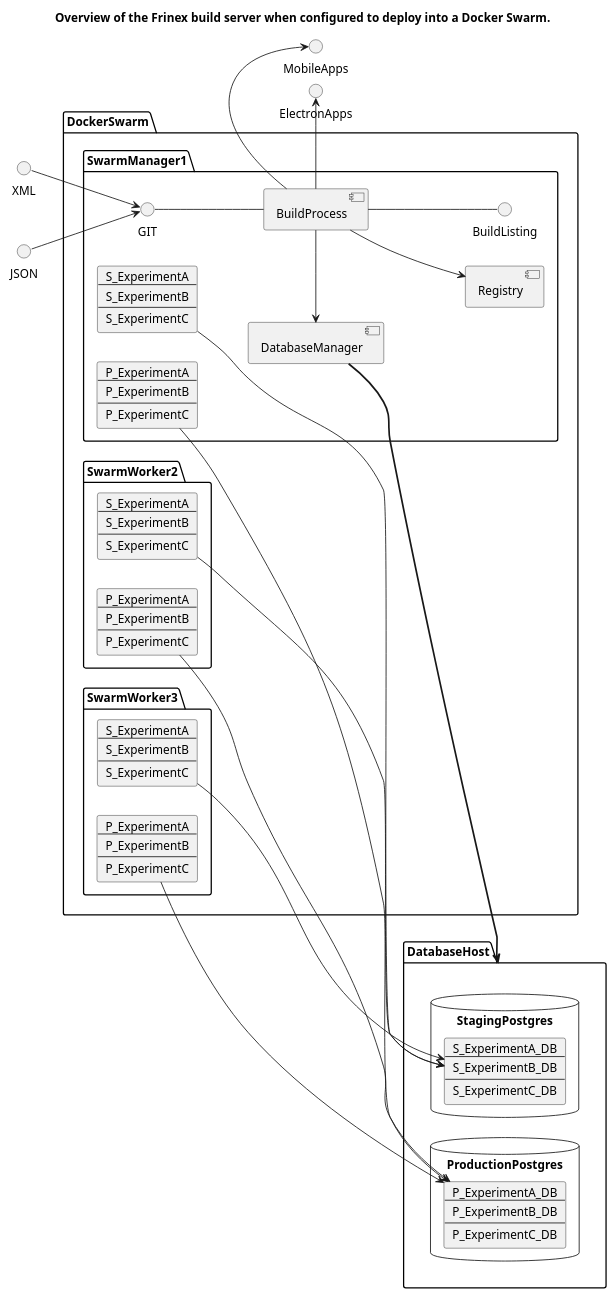
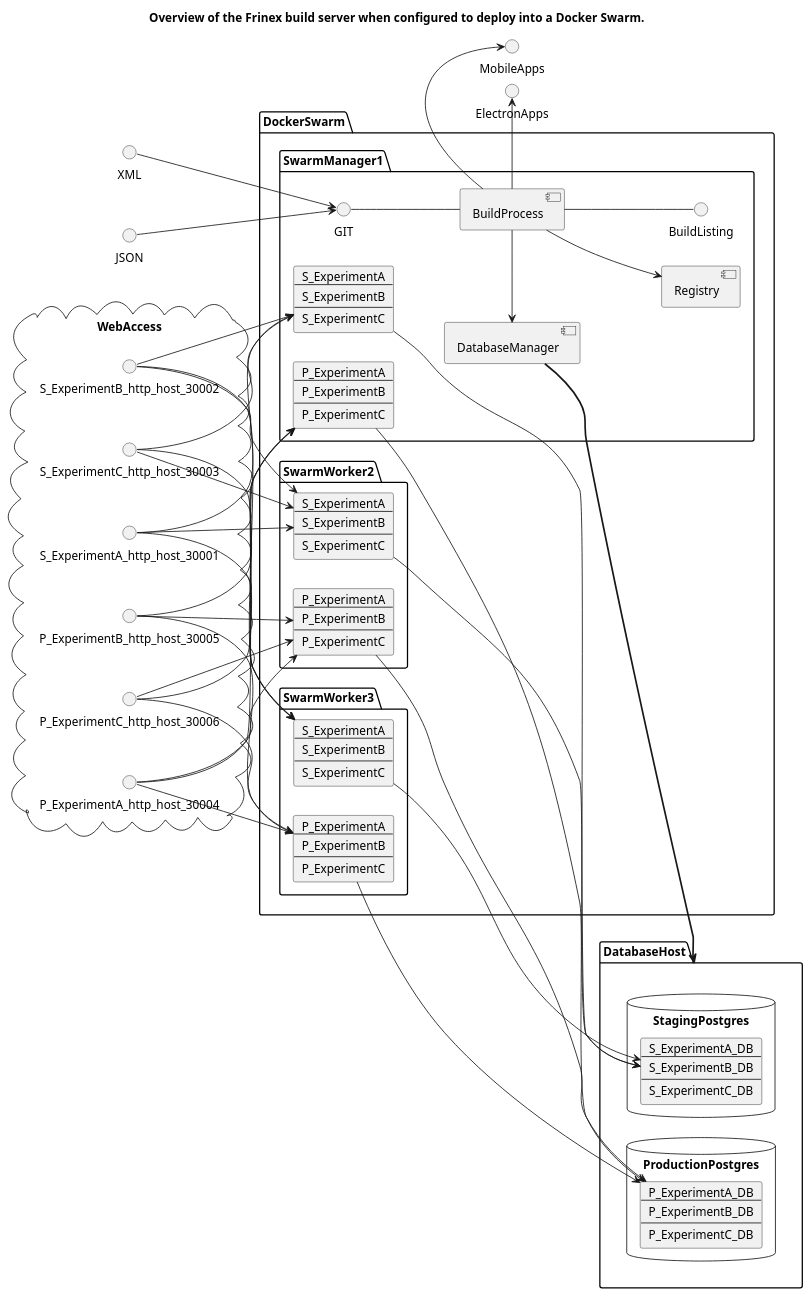
One commit to MPI-ExperimentGroup/FrinexBuildService changed the diagram in src/main/uml/DockerSwarmOverview.puml. Above: the diagram before and after it, drawn with PlantUML. The commit also changed 3 other files, not shown here.

Commit message:
Added networking information to the UML diagrams.

```diff
--- a/src/main/uml/DockerSwarmOverview.puml
+++ b/src/main/uml/DockerSwarmOverview.puml
@@ -1,97 +1,120 @@
 @startuml
 title Overview of the Frinex build server when configured to deploy into a Docker Swarm.
 left to right direction
 package "DatabaseHost" {
   database "StagingPostgres" {
     card S_Postgres[
       S_ExperimentA_DB
       ----
       S_ExperimentB_DB
       ----
       S_ExperimentC_DB
     ]
   }
   database "ProductionPostgres" {
     card P_Postgres [
       P_ExperimentA_DB
       ----
       P_ExperimentB_DB
       ----
       P_ExperimentC_DB
     ]
   }
 }
 
 package "DockerSwarm" {
 
   package "SwarmManager1" {
     GIT -- [BuildProcess]
     [BuildProcess] -- BuildListing
     [BuildProcess] -> [DatabaseManager]
     [DatabaseManager] ==> DatabaseHost
     [Registry]
     card Staging1 [
       S_ExperimentA
       ----
       S_ExperimentB
       ----
       S_ExperimentC
     ]
     Staging1 --> S_Postgres
     card Production1 [
       P_ExperimentA
       ----
       P_ExperimentB
       ----
       P_ExperimentC
     ]
     Production1 --> P_Postgres
   }
 
   package "SwarmWorker2" {
     card Staging2 [
       S_ExperimentA
       ----
       S_ExperimentB
       ----
       S_ExperimentC
     ]
     Staging2 --> S_Postgres
     card Production2 [
       P_ExperimentA
       ----
       P_ExperimentB
       ----
       P_ExperimentC
     ]
     Production2 --> P_Postgres
   }
 
   package "SwarmWorker3" {
     card Staging3 [
       S_ExperimentA
       ----
       S_ExperimentB
       ----
       S_ExperimentC
     ]
     Staging3 --> S_Postgres
     card Production3 [
       P_ExperimentA
       ----
       P_ExperimentB
       ----
       P_ExperimentC
     ]
     Production3 --> P_Postgres
   }
 }
 
 XML --> GIT
 JSON --> GIT
 
 BuildProcess -ri-> ElectronApps
 BuildProcess -ri-> MobileApps
 
 BuildProcess --> Registry
+
+cloud WebAccess {
+S_ExperimentA_http_host_30001 --> Staging1
+S_ExperimentA_http_host_30001 --> Staging2
+S_ExperimentA_http_host_30001 --> Staging3
+S_ExperimentB_http_host_30002 --> Staging1
+S_ExperimentB_http_host_30002 --> Staging2
+S_ExperimentB_http_host_30002 --> Staging3
+S_ExperimentC_http_host_30003 --> Staging1
+S_ExperimentC_http_host_30003 --> Staging2
+S_ExperimentC_http_host_30003 --> Staging3
+
+P_ExperimentA_http_host_30004 --> Production1
+P_ExperimentA_http_host_30004 --> Production2
+P_ExperimentA_http_host_30004 --> Production3
+P_ExperimentB_http_host_30005 --> Production1
+P_ExperimentB_http_host_30005 --> Production2
+P_ExperimentB_http_host_30005 --> Production3
+P_ExperimentC_http_host_30006 --> Production1
+P_ExperimentC_http_host_30006 --> Production2
+P_ExperimentC_http_host_30006 --> Production3
+}
+
 @enduml
```
